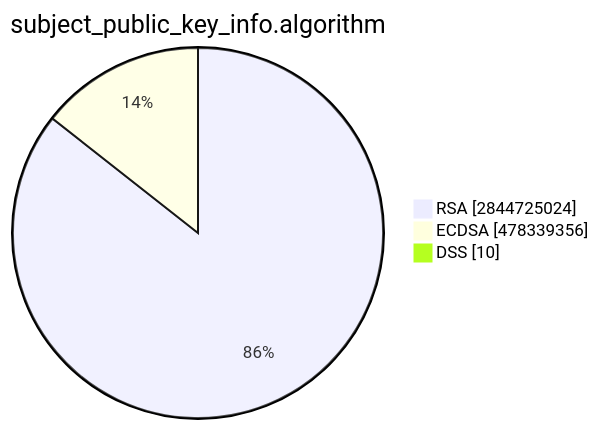
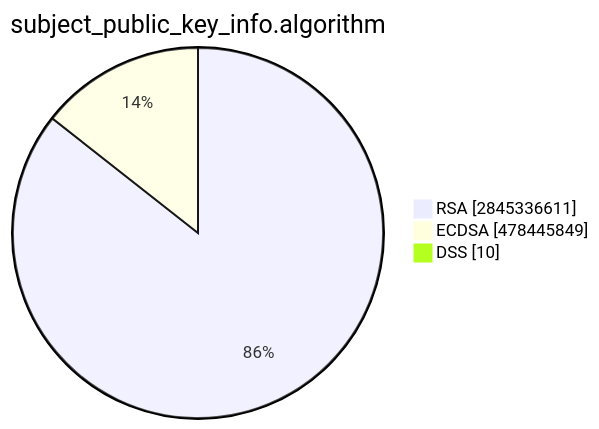
Before and after one commit to christiankrug/ctmonitor_visualization: the second of 15 diagrams in TOTAL/README.md, drawn with Mermaid. The commit also changed other lines of this file, not shown here.

````diff
--- a/TOTAL/README.md
+++ b/TOTAL/README.md
@@ -6,7 +6,7 @@
 ```mermaid
 pie showData
 title subject_public_key_info.algorithm
-"RSA" :2844725024
-"ECDSA" :478339356
+"RSA" :2845336611
+"ECDSA" :478445849
 "DSS" :10
 ```
````
